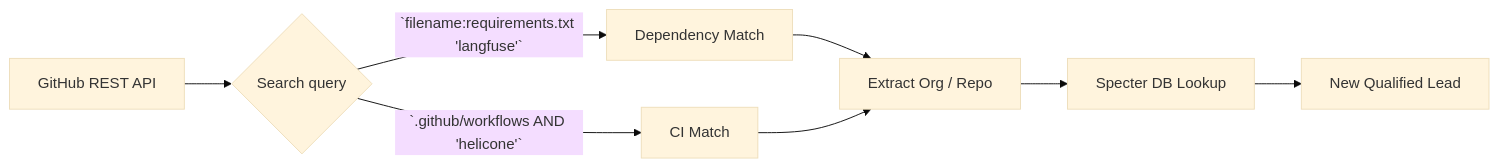
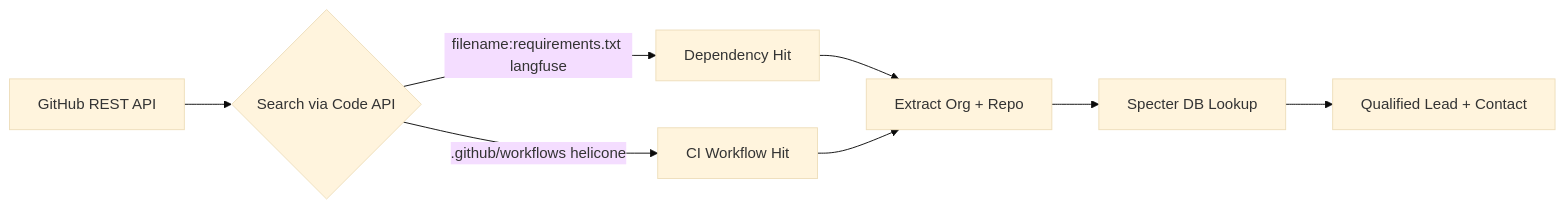
The fourth of 7 diagrams in presentation/white_circle_prezi.md (frankterpo/mermaidchart_prezi), drawn with Mermaid (base theme) before and after one commit. The commit also changed other lines of this file, not shown here.

Commit message:
Full presentation rewrite: fix duplicates, left-right=tasks, down=elaboration, live HF liker data, repo artifact threading

````diff
--- a/presentation/white_circle_prezi.md
+++ b/presentation/white_circle_prezi.md
@@ -255,10 +231,10 @@
 ```mermaid
 flowchart LR
-    A[GitHub REST API] --> B{Search query}
-    B -->|`filename:requirements.txt 'langfuse'`| C[Dependency Match]
-    B -->|`.github/workflows AND 'helicone'`| D[CI Match]
-    C --> E[Extract Org / Repo]
+    A[GitHub REST API] --> B{Search via Code API}
+    B -->|filename:requirements.txt langfuse| C[Dependency Hit]
+    B -->|.github/workflows helicone| D[CI Workflow Hit]
+    C --> E[Extract Org + Repo]
     D --> E
     E --> F[Specter DB Lookup]
-    F --> G[New Qualified Lead]
+    F --> G[Qualified Lead + Contact]
 ```
````
